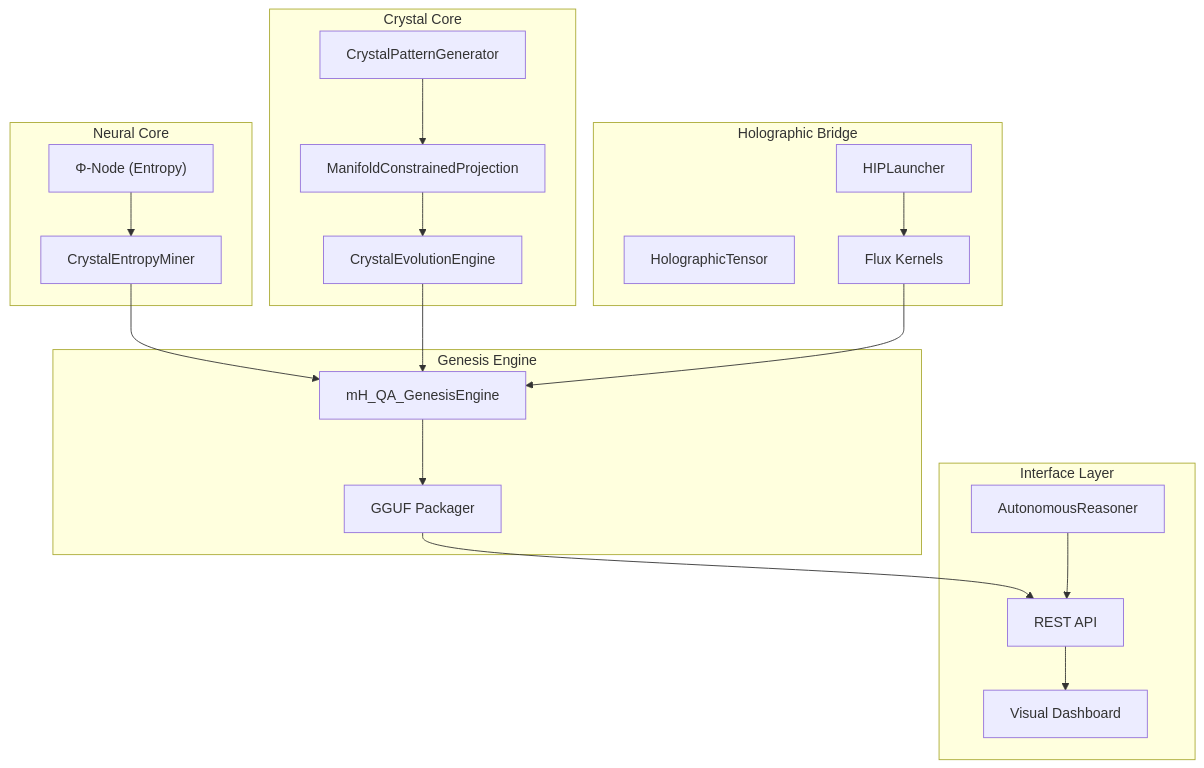
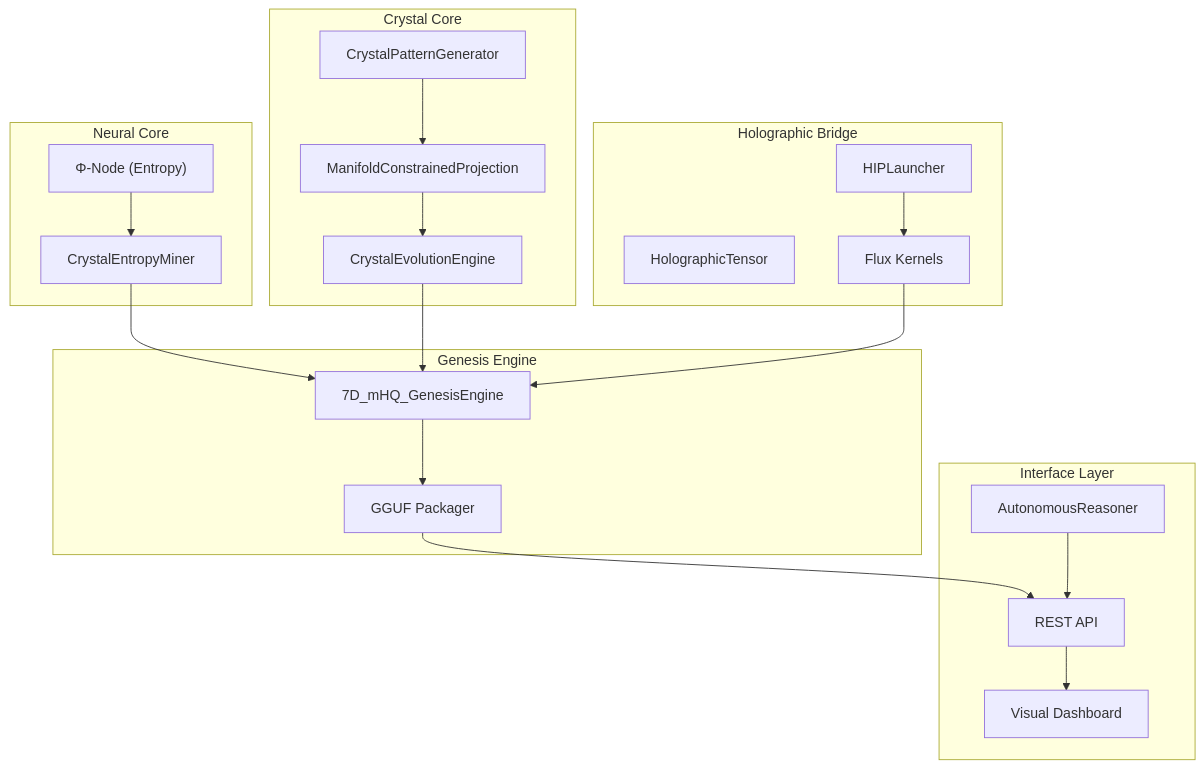
One commit to basedgod55hjl/CBM-Q-Living-AI-Quantum-Holographic-Crystals changed the first of 2 diagrams in docs/ARCHITECTURE_OVERVIEW.md. Above: the diagram before and after it, drawn with Mermaid. The commit also changed other lines of this file and 13 other files, not shown here.

````diff
--- a/docs/ARCHITECTURE_OVERVIEW.md
+++ b/docs/ARCHITECTURE_OVERVIEW.md
@@ -9,42 +9,42 @@
 ```mermaid
 graph TB
     subgraph "Crystal Core"
         CP[CrystalPatternGenerator]
         CEE[CrystalEvolutionEngine]
         MCP[ManifoldConstrainedProjection]
     end
     
     subgraph "Neural Core"
         EM[CrystalEntropyMiner]
         PHI["Φ-Node (Entropy)"]
     end
     
     subgraph "Holographic Bridge"
         HL[HIPLauncher]
         HT[HolographicTensor]
         FK[Flux Kernels]
     end
     
     subgraph "Genesis Engine"
-        GE[mH_QA_GenesisEngine]
+        GE[7D_mHQ_GenesisEngine]
         GGUF[GGUF Packager]
     end
     
     subgraph "Interface Layer"
         AR[AutonomousReasoner]
         UI[Visual Dashboard]
         API[REST API]
     end
     
     PHI --> EM
     EM --> GE
     CP --> MCP
     MCP --> CEE
     CEE --> GE
     HL --> FK
     FK --> GE
     GE --> GGUF
     GGUF --> API
     AR --> API
     API --> UI
 ```
````
